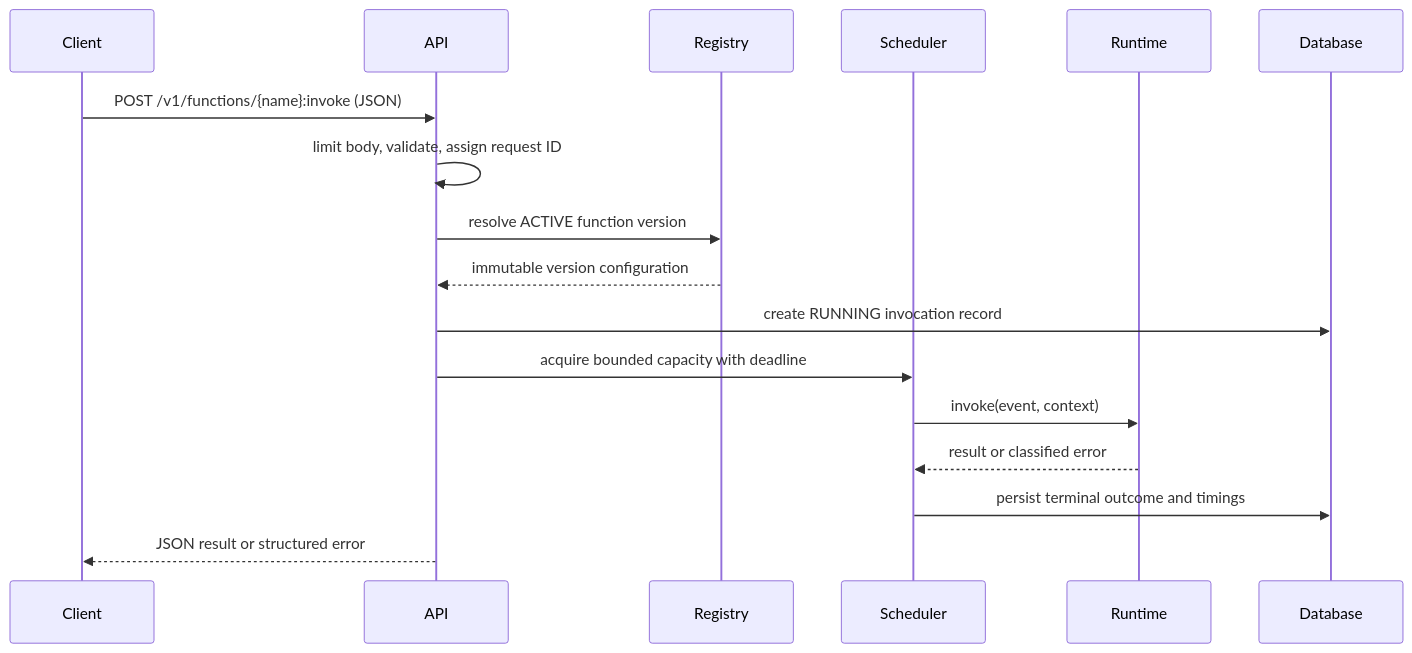
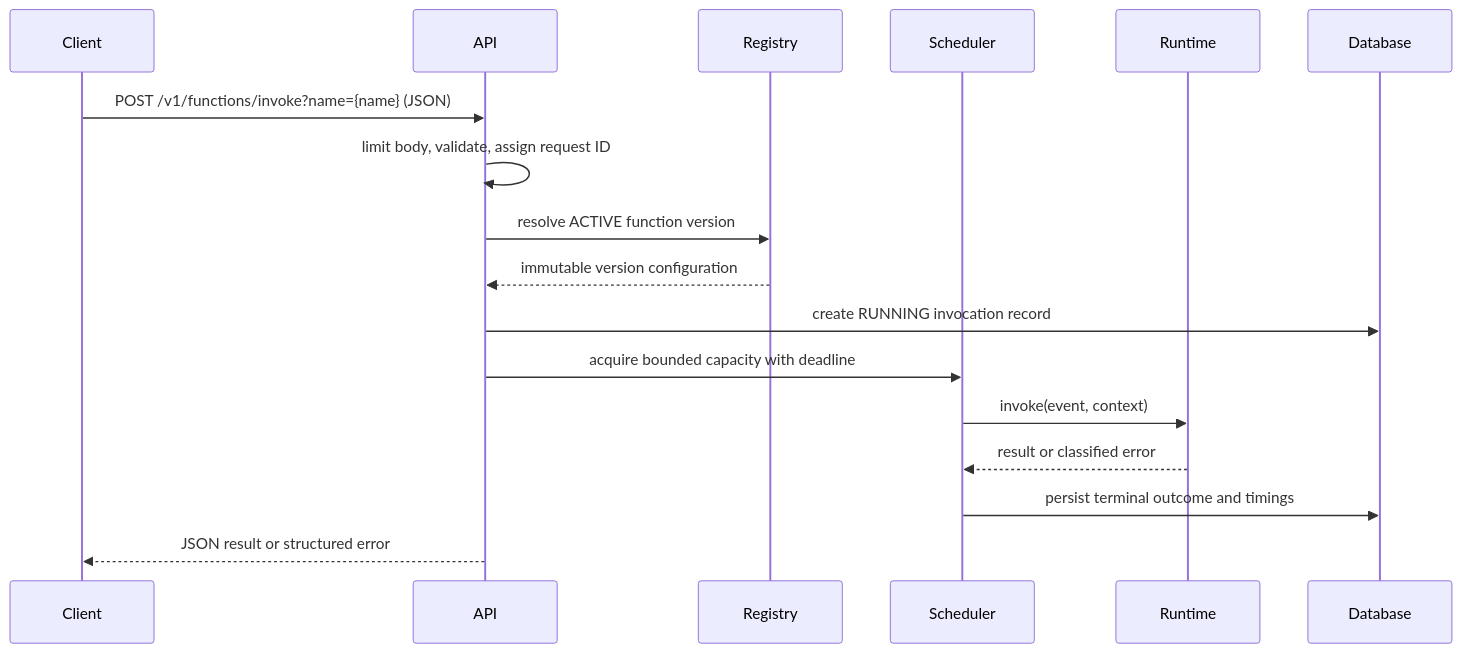
Before and after one commit to Shubham20015/AetherBolt: the second of 2 diagrams in docs/architecture.md, drawn with Mermaid. The commit also changed 19 other files, not shown here.

````diff
--- a/docs/architecture.md
+++ b/docs/architecture.md
@@ -53,19 +53,19 @@
 ```mermaid
 sequenceDiagram
   participant C as Client
   participant A as API
   participant R as Registry
   participant S as Scheduler
   participant X as Runtime
   participant D as Database
-  C->>A: POST /v1/functions/{name}:invoke (JSON)
+  C->>A: POST /v1/functions/invoke?name={name} (JSON)
   A->>A: limit body, validate, assign request ID
   A->>R: resolve ACTIVE function version
   R-->>A: immutable version configuration
   A->>D: create RUNNING invocation record
   A->>S: acquire bounded capacity with deadline
   S->>X: invoke(event, context)
   X-->>S: result or classified error
   S->>D: persist terminal outcome and timings
   A-->>C: JSON result or structured error
 ```
````
